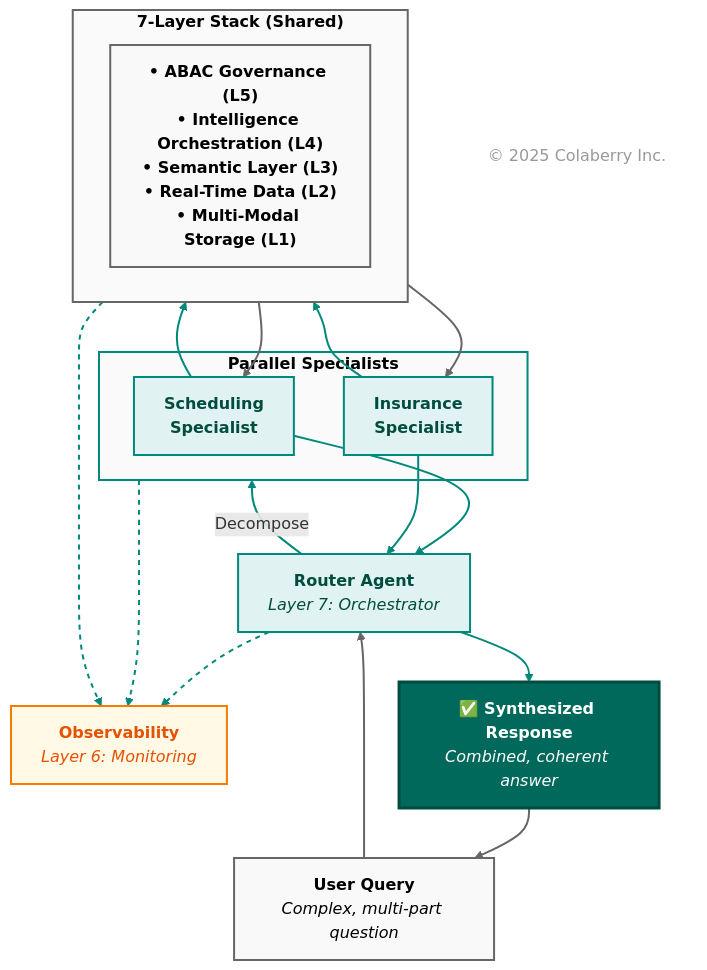
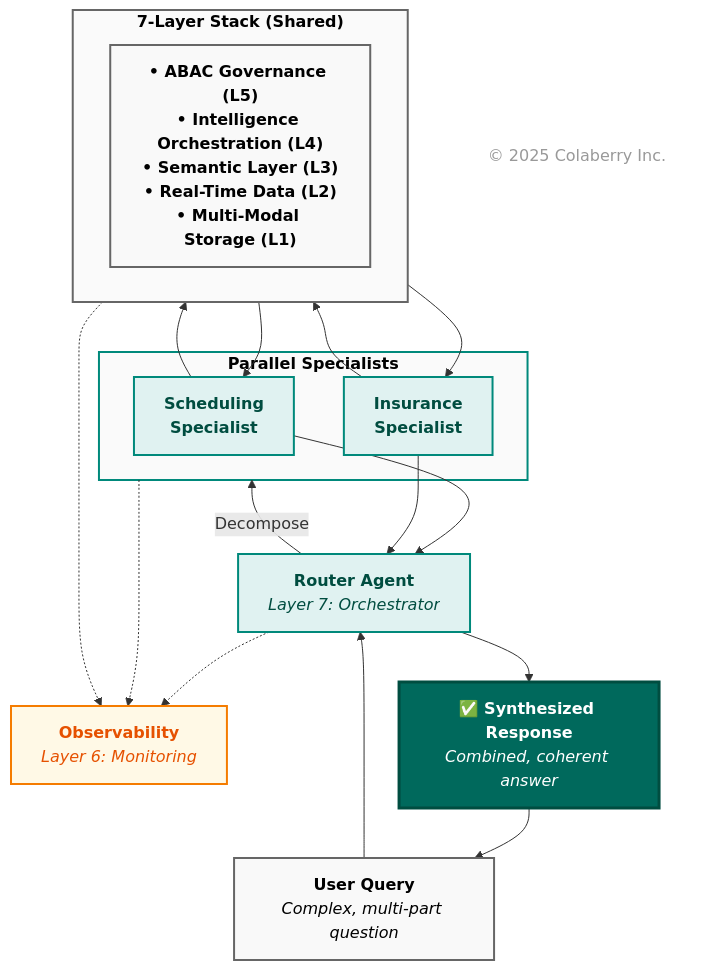
Before and after one commit to colaberry/enterprise-data-readiness-ai-agents: diagram 14 of 16 in chapter-01/chapter_1_complete.md, drawn with Mermaid. The commit also changed other lines of this file, not shown here.

First line of the commit message:
chapter 1 diagram 2 fix

````diff
--- a/chapter-01/chapter_1_complete.md
+++ b/chapter-01/chapter_1_complete.md
@@ -2353,67 +2269,55 @@
 ```mermaid
 graph TB
     U["<b>User Query</b><br/><i>Complex, multi-part question</i>"]
     
     R["<b>Router Agent</b><br/><i>Layer 7: Orchestrator</i>"]
     
     subgraph parallel["<b>Parallel Specialists</b>"]
         S1["<b>Scheduling<br/>Specialist</b>"]
         S2["<b>Insurance<br/>Specialist</b>"]
     end
     
     subgraph stack["<b>7-Layer Stack (Shared)</b>"]
         ST["<b>• ABAC Governance (L5)</b><br/><b>• Intelligence Orchestration (L4)</b><br/><b>• Semantic Layer (L3)</b><br/><b>• Real-Time Data (L2)</b><br/><b>• Multi-Modal Storage (L1)</b>"]
     end
     
     O["<b>Observability</b><br/><i>Layer 6: Monitoring</i>"]
     
     RESP["<b>✅ Synthesized Response</b><br/><i>Combined, coherent answer</i>"]
     
     U --> R
     R -->|Decompose| parallel
     S1 --> stack
     S2 --> stack
     stack --> S1
     stack --> S2
     S1 --> R
     S2 --> R
     R --> RESP
     RESP --> U
     
     R -.-> O
     parallel -.-> O
     stack -.-> O
     
     %% Link styling
-    linkStyle 0 stroke:#666666,stroke-width:2px
-    linkStyle 1 stroke:#00897b,stroke-width:2px
-    linkStyle 2 stroke:#00897b,stroke-width:2px
-    linkStyle 3 stroke:#00897b,stroke-width:2px
-    linkStyle 4 stroke:#666666,stroke-width:2px
-    linkStyle 5 stroke:#666666,stroke-width:2px
-    linkStyle 6 stroke:#00897b,stroke-width:2px
-    linkStyle 7 stroke:#00897b,stroke-width:2px
-    linkStyle 8 stroke:#00897b,stroke-width:2px
-    linkStyle 9 stroke:#666666,stroke-width:2px
-    linkStyle 10 stroke:#00897b,stroke-width:2px,stroke-dasharray:5
-    linkStyle 11 stroke:#00897b,stroke-width:2px,stroke-dasharray:5
-    linkStyle 12 stroke:#00897b,stroke-width:2px,stroke-dasharray:5
     
     style U fill:#f9f9f9,stroke:#666666,stroke-width:2px,color:#000000
     style R fill:#e0f2f1,stroke:#00897b,stroke-width:2px,color:#004d40
     
     style parallel fill:#fafafa,stroke:#00897b,stroke-width:2px,color:#000000
     style S1 fill:#e0f2f1,stroke:#00897b,stroke-width:2px,color:#004d40
     style S2 fill:#e0f2f1,stroke:#00897b,stroke-width:2px,color:#004d40
     
     style stack fill:#fafafa,stroke:#666666,stroke-width:2px,color:#000000
     style ST fill:#f9f9f9,stroke:#666666,stroke-width:2px,color:#000000
     
     style O fill:#fff9e6,stroke:#f57c00,stroke-width:2px,color:#e65100
     style RESP fill:#00695c,color:#ffffff,stroke:#004d40,stroke-width:3px
 
     %% Copyright Notice
     CR["© 2025 Colaberry Inc."]
     style CR fill:none,stroke:none,color:#999999
 
+
 ```
````
